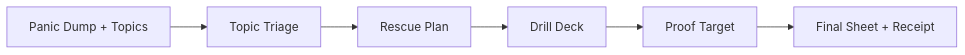
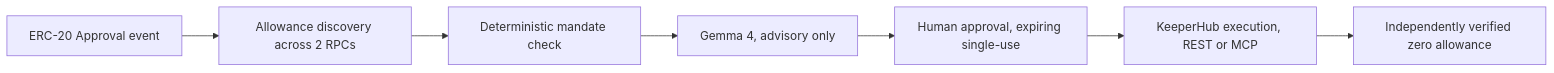
One commit to himanshu748/himanshu748 changed the second of 3 diagrams in README.md. Above: the diagram before and after it, drawn with Mermaid. The commit also changed other lines of this file, not shown here.

````diff
--- a/README.md
+++ b/README.md
@@ -199,8 +218,9 @@
 ```mermaid
 flowchart LR
-  STUDENT["Panic Dump + Topics"] --> TRIAGE["Topic Triage"]
-  TRIAGE --> PLAN["Rescue Plan"]
-  PLAN --> DRILLS["Drill Deck"]
-  DRILLS --> PROOF["Proof Target"]
-  PROOF --> SHEET["Final Sheet + Receipt"]
+  APPR["ERC-20 Approval event"] --> DISC["Allowance discovery across 2 RPCs"]
+  DISC --> POLICY["Deterministic mandate check"]
+  POLICY --> LLM["Gemma 4, advisory only"]
+  LLM --> HUMAN["Human approval, expiring single-use"]
+  HUMAN --> KH["KeeperHub execution, REST or MCP"]
+  KH --> PROOF["Independently verified zero allowance"]
 ```
````
